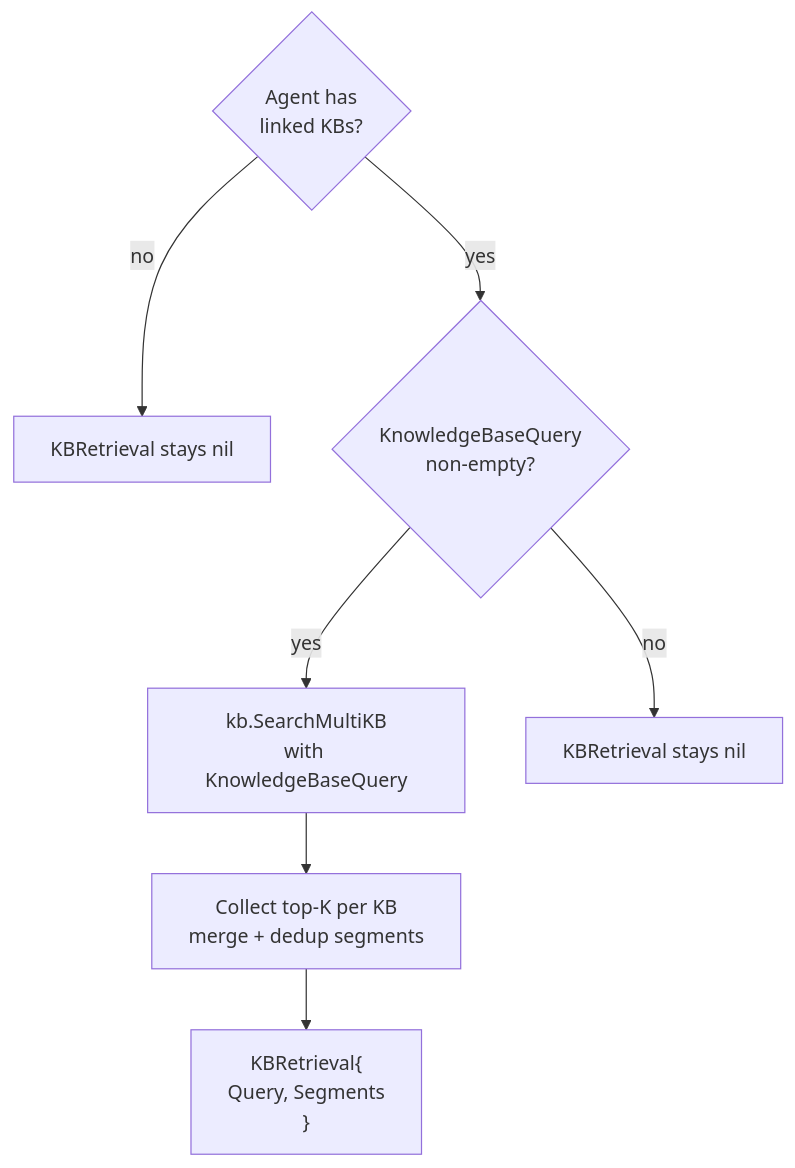
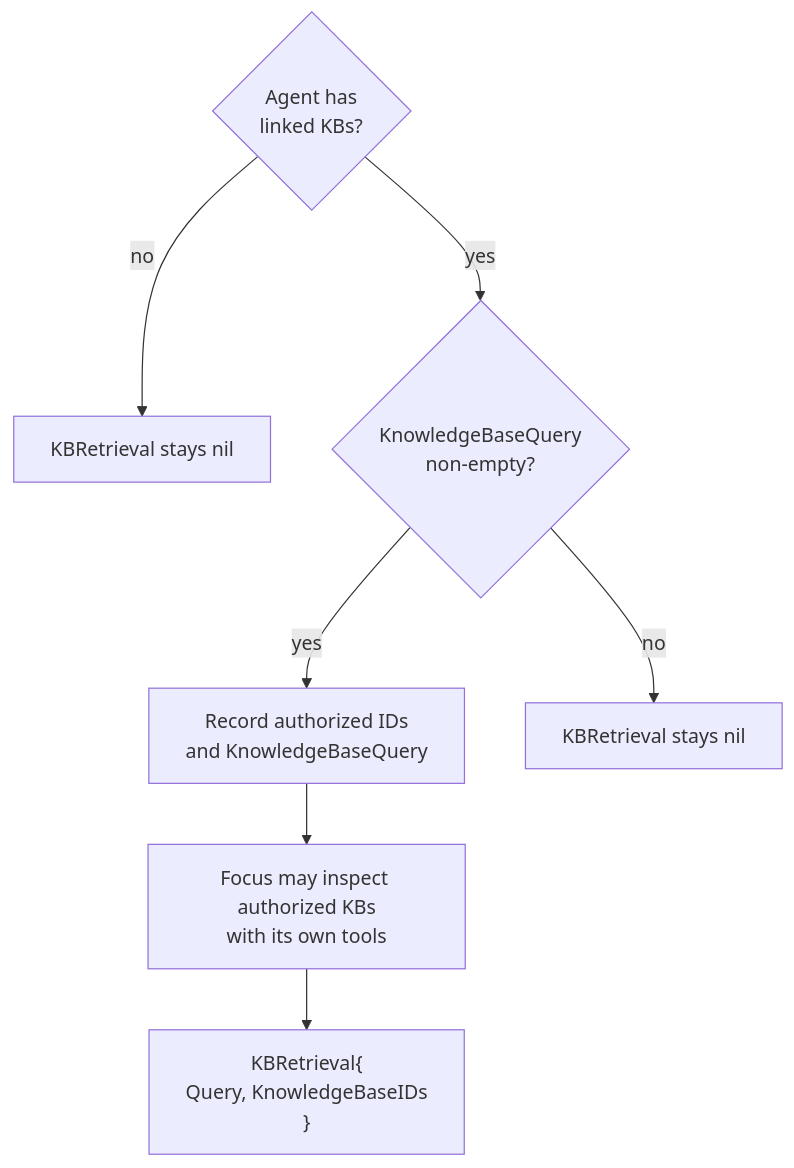
The sixth of 9 diagrams in doc/engineering_implements/context-engineering-pipeline.md (KoanJan/qingqiu-world), drawn with Mermaid before and after one commit. The commit also changed other lines of this file and 83 other files, not shown here.

````diff
--- a/doc/engineering_implements/context-engineering-pipeline.md
+++ b/doc/engineering_implements/context-engineering-pipeline.md
@@ -147,10 +147,10 @@
 ```mermaid
 flowchart TD
     HasKB{"Agent has<br/>linked KBs?"}
     HasKB -->|no| NoOp["KBRetrieval stays nil"]
     HasKB -->|yes| Query{"KnowledgeBaseQuery<br/>non-empty?"}
-    Query -->|yes| Search["kb.SearchMultiKB<br/>with KnowledgeBaseQuery"]
+    Query -->|yes| Search["Record authorized IDs<br/>and KnowledgeBaseQuery"]
     Query -->|no| NoKB["KBRetrieval stays nil"]
-    Search --> Filter["Collect top-K per KB<br/>merge + dedup segments"]
-    Filter --> Output["KBRetrieval{<br/>  Query, Segments<br/>}"]
+    Search --> Filter["Focus may inspect authorized KBs<br/>with its own tools"]
+    Filter --> Output["KBRetrieval{<br/>  Query, KnowledgeBaseIDs<br/>}"]
 ```
````
